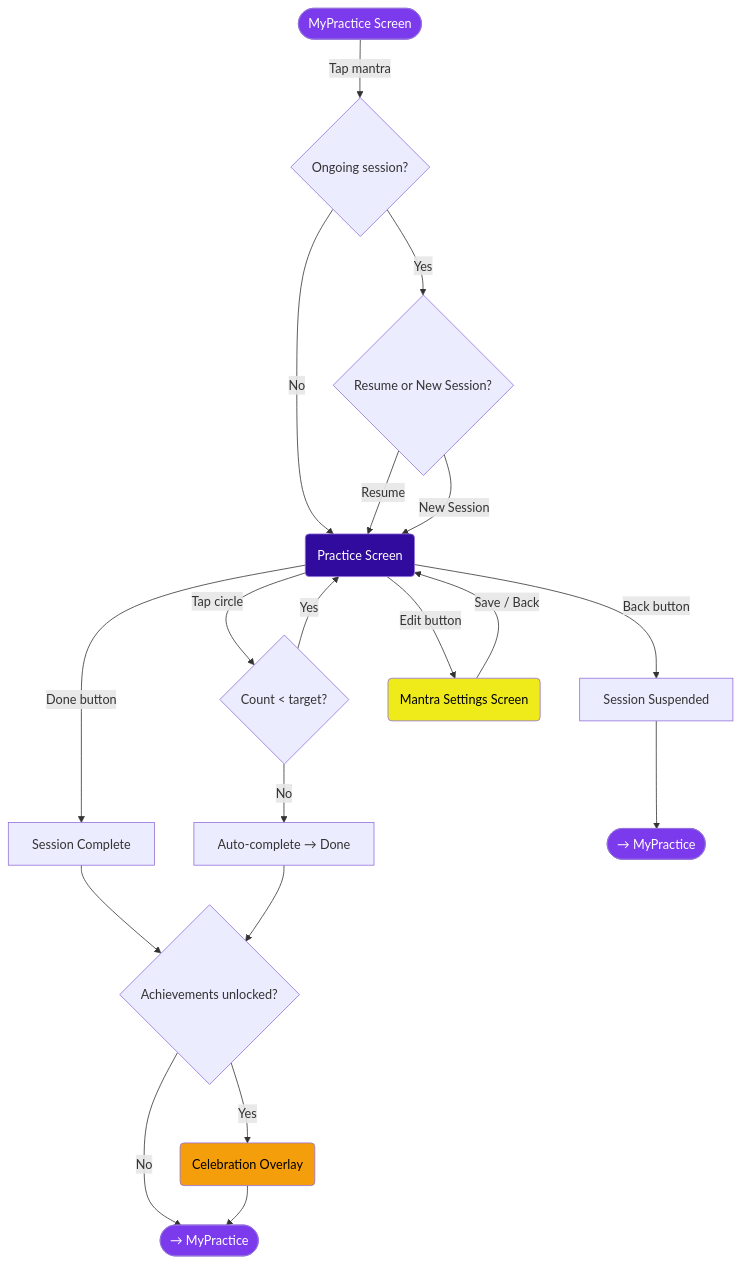
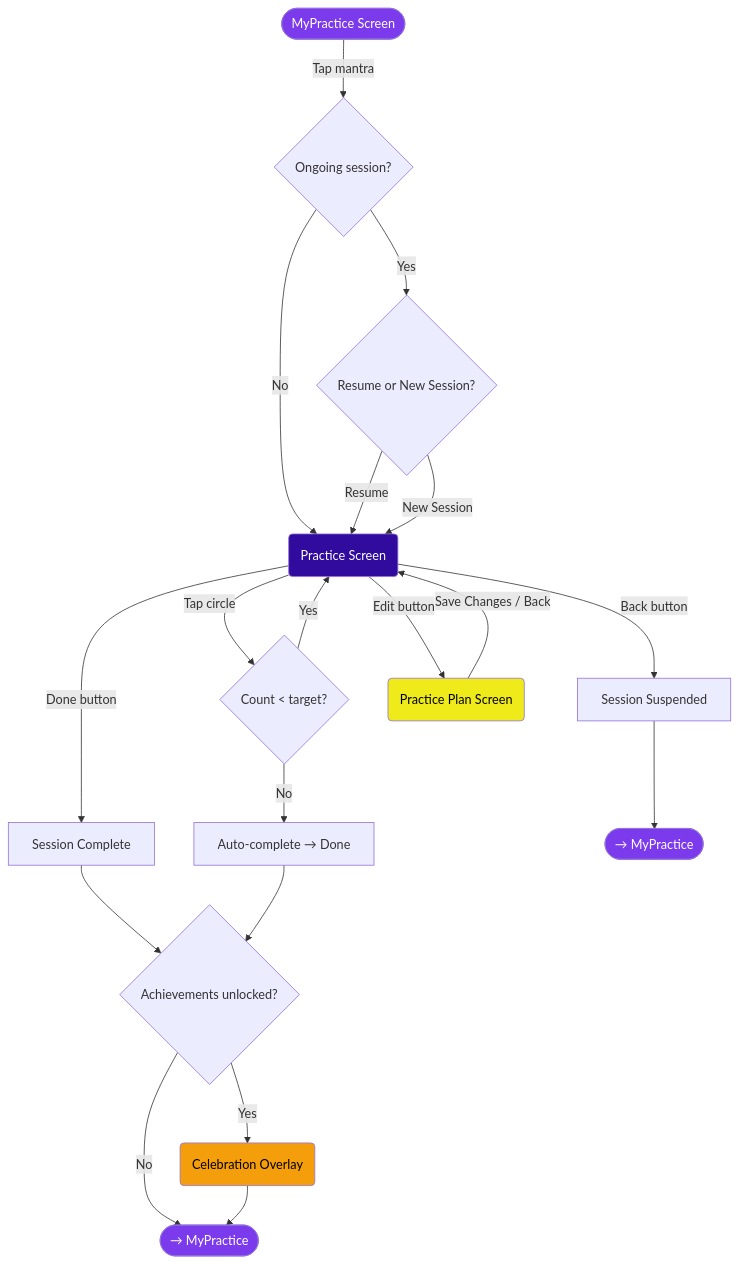
One commit to E-Brons/MyMantra changed the second of 11 diagrams in docs/product/app_flowchart.md. Above: the diagram before and after it, drawn with Mermaid. The commit also changed other lines of this file and 1 other file, not shown here.

First line of the commit message:
doc: app_flowchart v0.3 — two-screen model + implementation plan

````diff
--- a/docs/product/app_flowchart.md
+++ b/docs/product/app_flowchart.md
@@ -109,33 +111,33 @@
 ```mermaid
 graph TD
     MYPRACTICE([MyPractice Screen]) -->|Tap mantra| CHECK{Ongoing session?}
     CHECK -->|Yes| PROMPT{Resume or New Session?}
     CHECK -->|No| PRACTICE(Practice Screen)
 
     PROMPT -->|Resume| PRACTICE
     PROMPT -->|New Session| PRACTICE
 
     PRACTICE -->|Tap circle| COUNT{Count < target?}
     COUNT -->|Yes| PRACTICE
     COUNT -->|No| AUTOCOMPLETE[Auto-complete → Done]
 
     PRACTICE -->|Done button| COMPLETE[Session Complete]
     PRACTICE -->|Back button| SUSPEND[Session Suspended]
-    PRACTICE -->|Edit button| EDIT(Mantra Settings Screen)
+    PRACTICE -->|Edit button| PLAN(Practice Plan Screen)
 
     COMPLETE --> ACHIEVE{Achievements unlocked?}
     ACHIEVE -->|Yes| OVERLAY(Celebration Overlay)
     ACHIEVE -->|No| MYPRACTICE_END([→ MyPractice])
     OVERLAY --> MYPRACTICE_END
     AUTOCOMPLETE --> ACHIEVE
 
     SUSPEND --> MYPRACTICE_BACK([→ MyPractice])
-    EDIT -->|Save / Back| PRACTICE
+    PLAN -->|Save Changes / Back| PRACTICE
 
     style MYPRACTICE fill:#7c3aed,color:#fff
     style PRACTICE fill:#300B9D,color:#fff
-    style EDIT fill:#EFEB1B,color:#000
+    style PLAN fill:#EFEB1B,color:#000
     style OVERLAY fill:#f59e0b,color:#000
     style MYPRACTICE_END fill:#7c3aed,color:#fff
     style MYPRACTICE_BACK fill:#7c3aed,color:#fff
 ```
````
